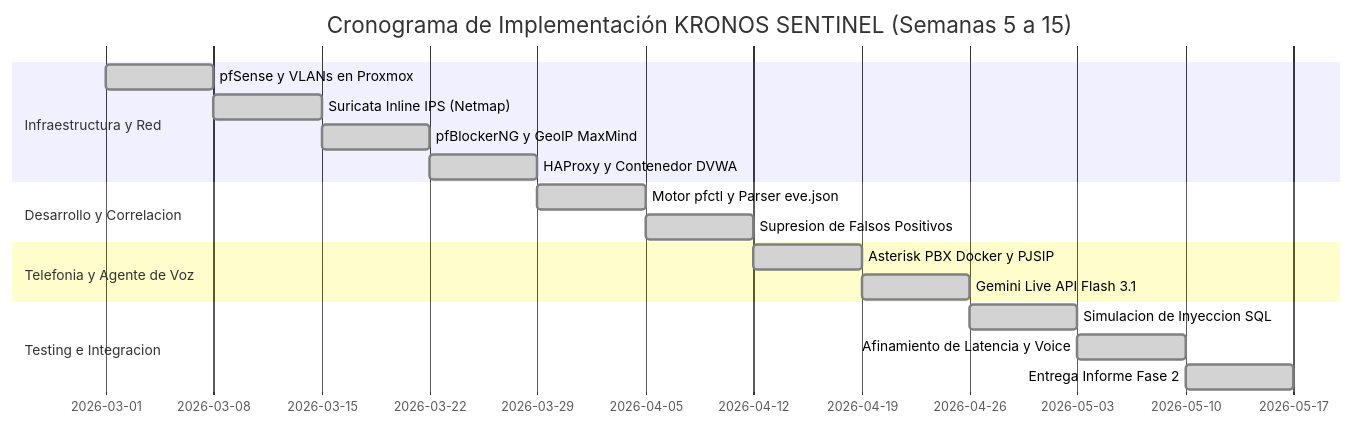
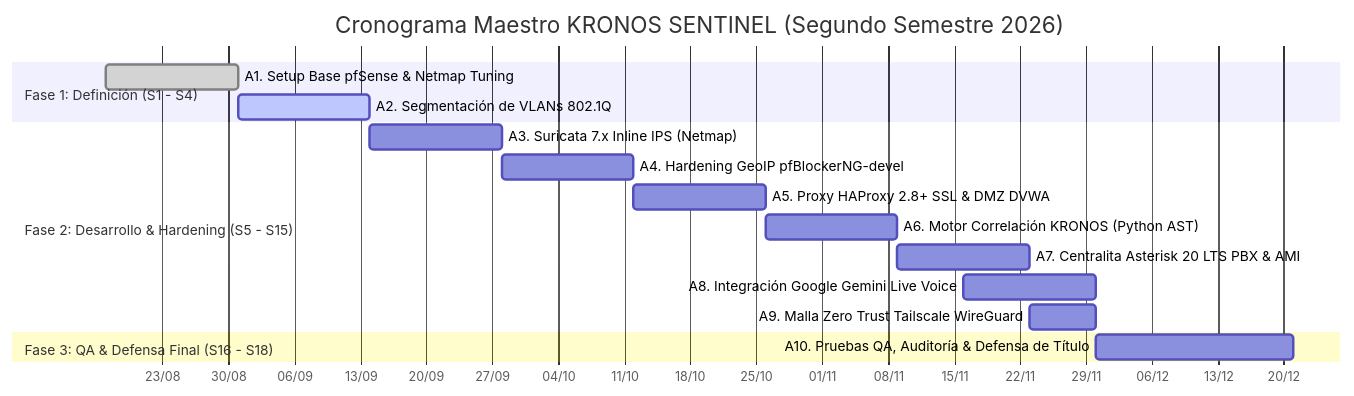
The diagram in docs/Fase_2_Desarrollo_Proyecto_APT/Informacion_EA2/Plan_Trabajo_Carta_Gantt.md (Fredinni/Proyecto-Portafolio), drawn with Mermaid before and after one commit. The commit also changed other lines of this file and 1 other file, not shown here.

Commit message:
fix(gantt): corregir cronograma maestro al Segundo Semestre 2026 y alinear hitos oficiales A1-A10

````diff
--- a/docs/Fase_2_Desarrollo_Proyecto_APT/Informacion_EA2/Plan_Trabajo_Carta_Gantt.md
+++ b/docs/Fase_2_Desarrollo_Proyecto_APT/Informacion_EA2/Plan_Trabajo_Carta_Gantt.md
@@ -26,20 +38,22 @@
 ```mermaid
 gantt
-    title Cronograma de Implementación KRONOS SENTINEL (Semanas 5 a 15)
+    title Cronograma Maestro KRONOS SENTINEL (Segundo Semestre 2026)
     dateFormat  YYYY-MM-DD
-    section Infraestructura y Red
-    pfSense y VLANs en Proxmox        :done, s5, 2026-03-01, 7d
-    Suricata Inline IPS (Netmap)      :done, s6, 2026-03-08, 7d
-    pfBlockerNG y GeoIP MaxMind       :done, s7, 2026-03-15, 7d
-    HAProxy y Contenedor DVWA         :done, s8, 2026-03-22, 7d
-    section Desarrollo y Correlacion
-    Motor pfctl y Parser eve.json     :done, s9, 2026-03-29, 7d
-    Supresion de Falsos Positivos     :done, s10, 2026-04-05, 7d
-    section Telefonia y Agente de Voz
-    Asterisk PBX Docker y PJSIP       :done, s11, 2026-04-12, 7d
-    Gemini Live API Flash 3.1         :done, s12, 2026-04-19, 7d
-    section Testing e Integracion
-    Simulacion de Inyeccion SQL       :done, s13, 2026-04-26, 7d
-    Afinamiento de Latencia y Voice   :done, s14, 2026-05-03, 7d
-    Entrega Informe Fase 2            :done, s15, 2026-05-10, 7d
+    axisFormat  %d/%m
+    
+    section Fase 1: Definición (S1 - S4)
+    A1. Setup Base pfSense & Netmap Tuning       :done, a1, 2026-08-17, 14d
+    A2. Segmentación de VLANs 802.1Q             :active, a2, 2026-08-31, 14d
+    
+    section Fase 2: Desarrollo & Hardening (S5 - S15)
+    A3. Suricata 7.x Inline IPS (Netmap)         :a3, 2026-09-14, 14d
+    A4. Hardening GeoIP pfBlockerNG-devel        :a4, 2026-09-28, 14d
+    A5. Proxy HAProxy 2.8+ SSL & DMZ DVWA        :a5, 2026-10-12, 14d
+    A6. Motor Correlación KRONOS (Python AST)    :a6, 2026-10-26, 14d
+    A7. Centralita Asterisk 20 LTS PBX & AMI     :a7, 2026-11-09, 14d
+    A8. Integración Google Gemini Live Voice     :a8, 2026-11-16, 14d
+    A9. Malla Zero Trust Tailscale WireGuard     :a9, 2026-11-23, 7d
+    
+    section Fase 3: QA & Defensa Final (S16 - S18)
+    A10. Pruebas QA, Auditoría & Defensa de Título :a10, 2026-11-30, 21d
 ```
````
